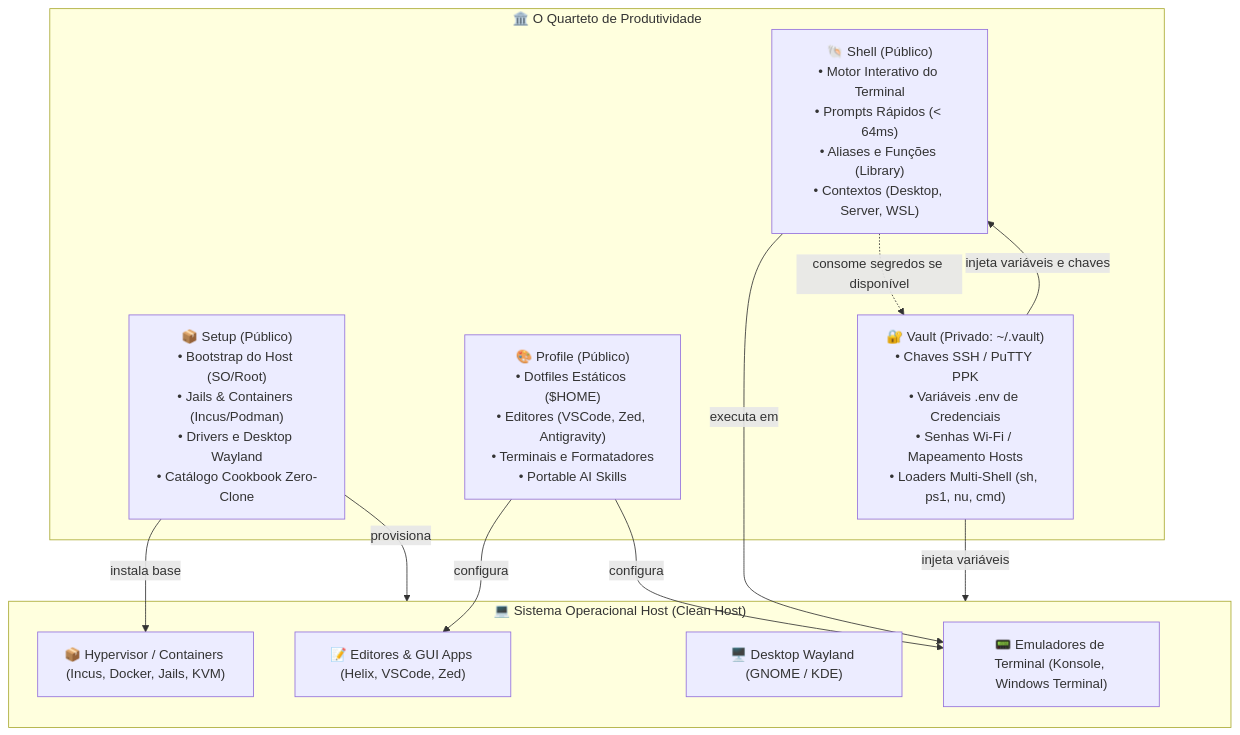
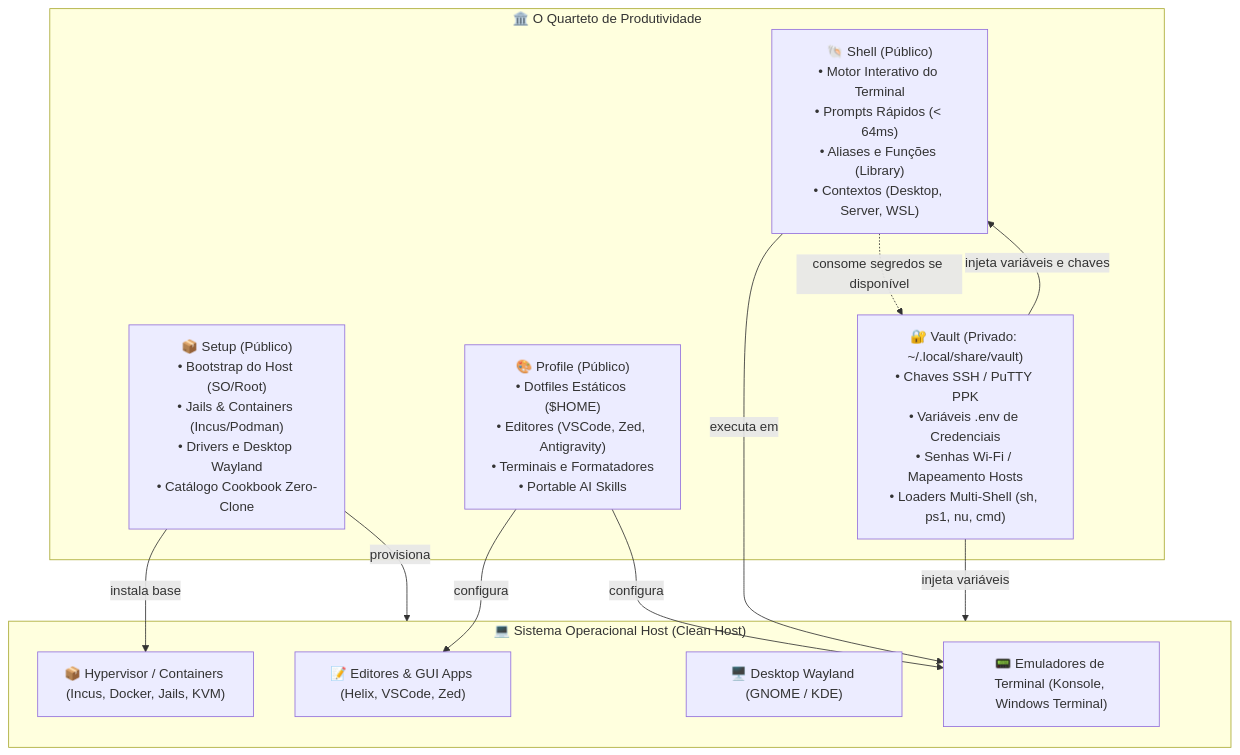
One commit to GabrielFrigo4/profile changed the diagram in docs/ARCHITECTURE.md. Above: the diagram before and after it, drawn with Mermaid. The commit also changed other lines of this file and 133 other files, not shown here.

````diff
--- a/docs/ARCHITECTURE.md
+++ b/docs/ARCHITECTURE.md
@@ -9,27 +9,27 @@
 ```mermaid
 flowchart TD
     subgraph QUARTET ["🏛️ O Quarteto de Produtividade"]
         SETUP["📦 Setup (Público)<br/>• Bootstrap do Host (SO/Root)<br/>• Jails & Containers (Incus/Podman)<br/>• Drivers e Desktop Wayland<br/>• Catálogo Cookbook Zero-Clone"]
         PROFILE["🎨 Profile (Público)<br/>• Dotfiles Estáticos ($HOME)<br/>• Editores (VSCode, Zed, Antigravity)<br/>• Terminais e Formatadores<br/>• Portable AI Skills"]
         SHELL["🐚 Shell (Público)<br/>• Motor Interativo do Terminal<br/>• Prompts Rápidos (&lt; 64ms)<br/>• Aliases e Funções (Library)<br/>• Contextos (Desktop, Server, WSL)"]
-        VAULT["🔐 Vault (Privado: ~/.vault)<br/>• Chaves SSH / PuTTY PPK<br/>• Variáveis .env de Credenciais<br/>• Senhas Wi-Fi / Mapeamento Hosts<br/>• Loaders Multi-Shell (sh, ps1, nu, cmd)"]
+        VAULT["🔐 Vault (Privado: ~/.local/share/vault)<br/>• Chaves SSH / PuTTY PPK<br/>• Variáveis .env de Credenciais<br/>• Senhas Wi-Fi / Mapeamento Hosts<br/>• Loaders Multi-Shell (sh, ps1, nu, cmd)"]
     end
 
     subgraph HOST ["💻 Sistema Operacional Host (Clean Host)"]
         GUI["🖥️ Desktop Wayland (GNOME / KDE)"]
         IDEs["📝 Editores & GUI Apps (Helix, VSCode, Zed)"]
         TERM["📟 Emuladores de Terminal (Konsole, Windows Terminal)"]
         HYPER["📦 Hypervisor / Containers (Incus, Docker, Jails, KVM)"]
     end
 
     SETUP -->|provisiona| HOST
     SETUP -->|instala base| HYPER
     PROFILE -->|configura| IDEs
     PROFILE -->|configura| TERM
 
     SHELL -->|executa em| TERM
     SHELL -.->|consome segredos se disponível| VAULT
 
     VAULT -->|injeta variáveis e chaves| SHELL
     VAULT -->|injeta variáveis| HOST
 ```
````
